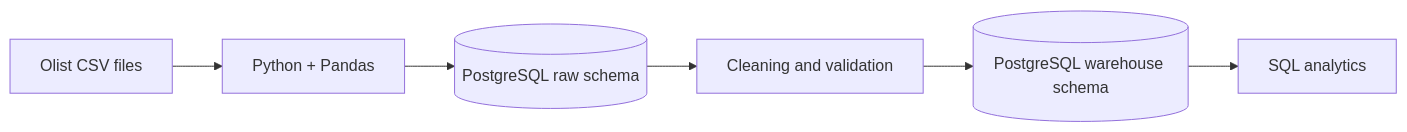
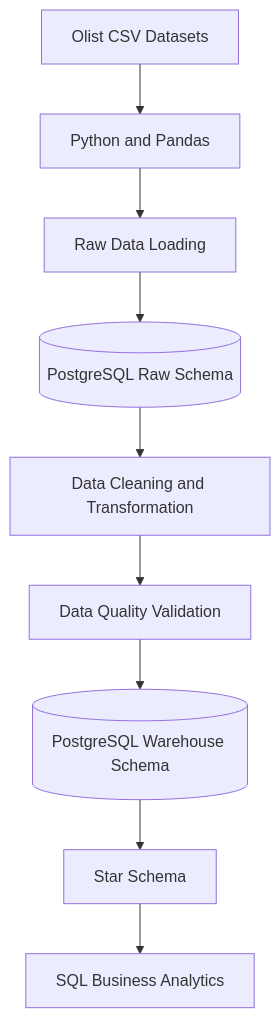
Before and after one commit to vaishnavijoshi438-oss/olist-ecommerce-data-pipeline: the diagram in README.md, drawn with Mermaid. The commit also changed other lines of this file, not shown here.

````diff
--- a/README.md
+++ b/README.md
@@ -18,8 +38,11 @@
 ```mermaid
-flowchart LR
-    A[Olist CSV files] --> B[Python + Pandas]
-    B --> C[(PostgreSQL raw schema)]
-    C --> D[Cleaning and validation]
-    D --> E[(PostgreSQL warehouse schema)]
-    E --> F[SQL analytics]
+flowchart TD
+    A[Olist CSV Datasets] --> B[Python and Pandas]
+    B --> C[Raw Data Loading]
+    C --> D[(PostgreSQL Raw Schema)]
+    D --> E[Data Cleaning and Transformation]
+    E --> F[Data Quality Validation]
+    F --> G[(PostgreSQL Warehouse Schema)]
+    G --> H[Star Schema]
+    H --> I[SQL Business Analytics]
 ```
````
